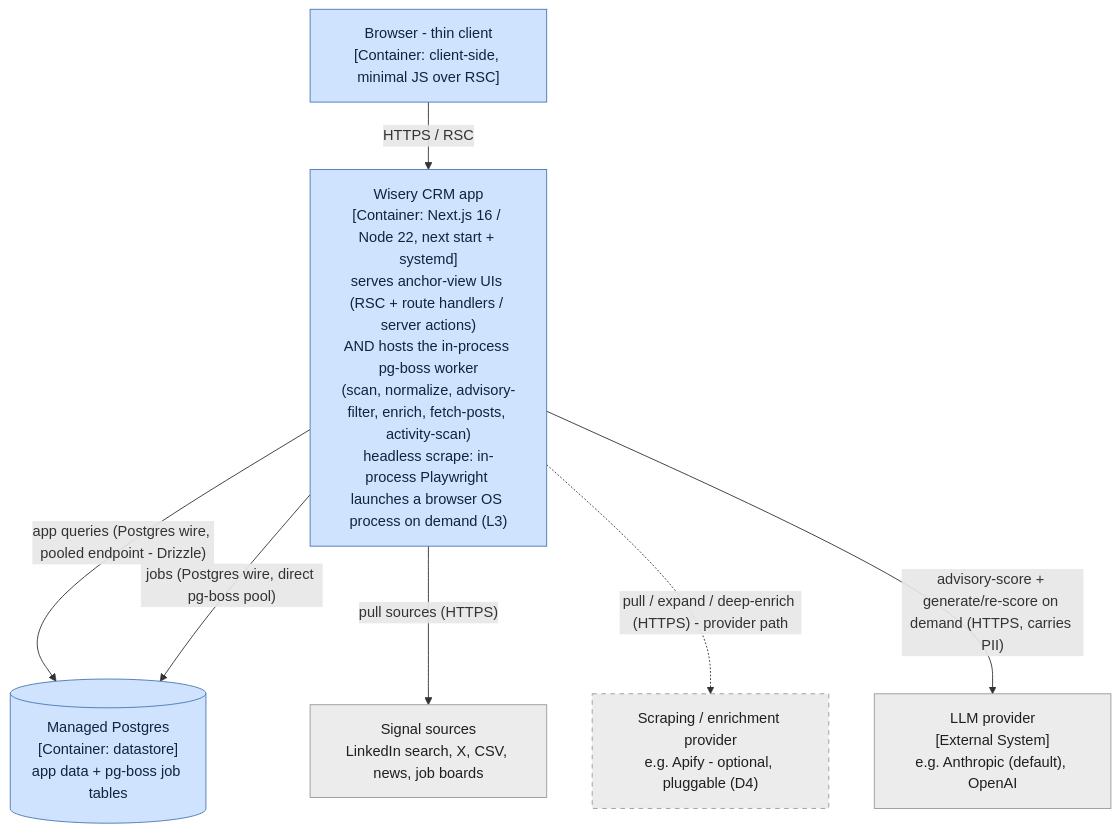
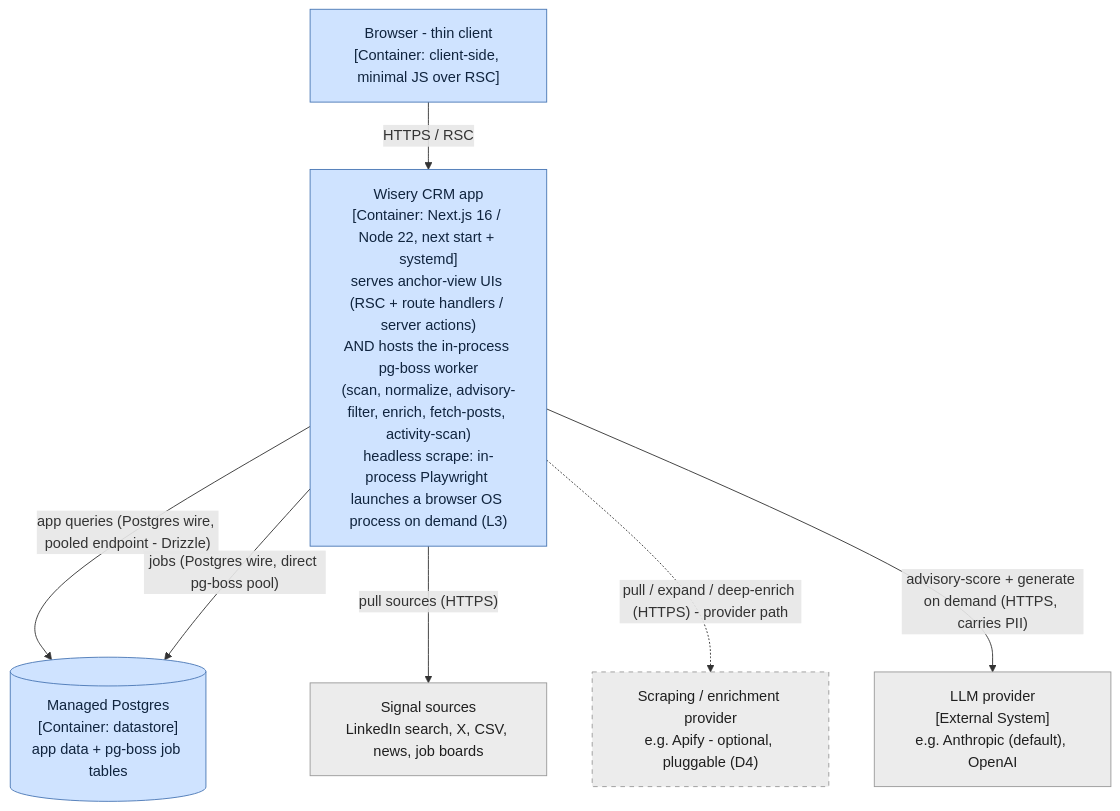
One commit to m-ratnikov/wisery-crm changed the first of 10 diagrams in docs/architecture/system-design.md. Above: the diagram before and after it, drawn with Mermaid. The commit also changed other lines of this file and 102 other files, not shown here.

First line of the commit message:
Signal advisory becomes the only score; remove qualification stage

````diff
--- a/docs/architecture/system-design.md
+++ b/docs/architecture/system-design.md
@@ -39,25 +42,25 @@
 ```mermaid
 flowchart TB
     browser["Browser - thin client<br/>[Container: client-side, minimal JS over RSC]"]
 
     app["Wisery CRM app<br/>[Container: Next.js 16 / Node 22, next start + systemd]<br/>serves anchor-view UIs (RSC + route handlers / server actions)<br/>AND hosts the in-process pg-boss worker<br/>(scan, normalize, advisory-filter, enrich, fetch-posts, activity-scan)<br/>headless scrape: in-process Playwright launches a browser OS process on demand (L3)"]
 
     db[("Managed Postgres<br/>[Container: datastore]<br/>app data + pg-boss job tables")]
     src["Signal sources<br/>LinkedIn search, X, CSV, news, job boards"]
     dp["Scraping / enrichment provider<br/>e.g. Apify - optional, pluggable (D4)"]
     llm["LLM provider<br/>[External System]<br/>e.g. Anthropic (default), OpenAI"]
 
     browser -->|"HTTPS / RSC"| app
     app -->|"app queries (Postgres wire, pooled endpoint - Drizzle)"| db
     app -->|"jobs (Postgres wire, direct pg-boss pool)"| db
     app -->|"pull sources (HTTPS)"| src
     app -.->|"pull / expand / deep-enrich (HTTPS) - provider path"| dp
-    app -->|"advisory-score + generate/re-score on demand (HTTPS, carries PII)"| llm
+    app -->|"advisory-score + generate on demand (HTTPS, carries PII)"| llm
 
     classDef internal fill:#cfe3ff,stroke:#4a78b5,color:#10243e;
     classDef external fill:#ececec,stroke:#9a9a9a,color:#1f1f1f;
     classDef optional stroke-dasharray: 5 5;
     class browser,app,db internal;
     class src,dp,llm external;
     class dp optional;
 ```
````
